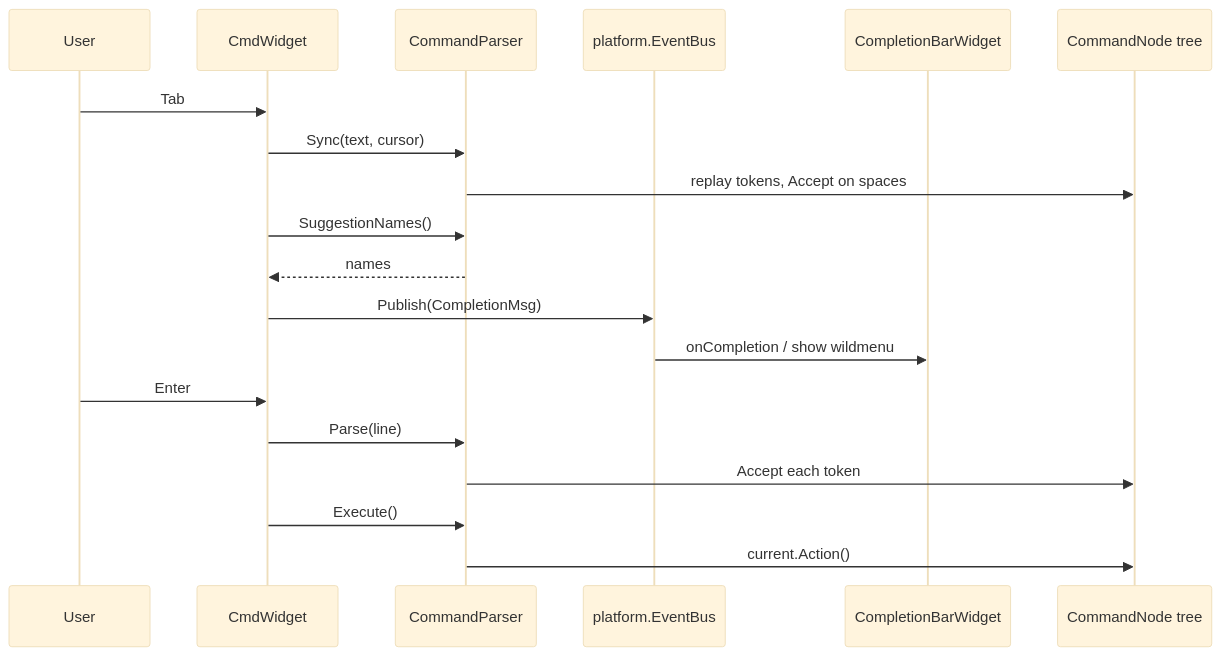
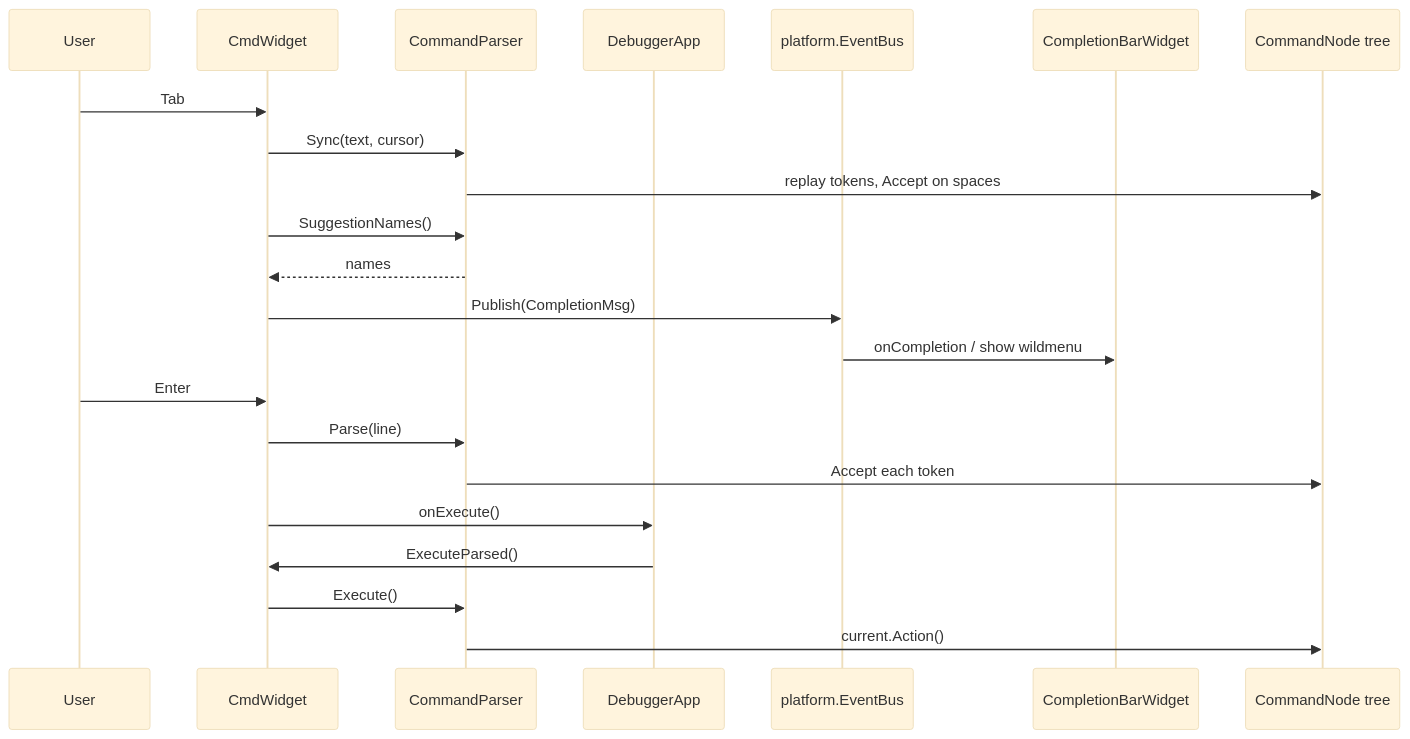
Before and after one commit to yairgd/gdbforge: the second of 2 diagrams in docs/COMMAND_SYSTEM.md, drawn with Mermaid (base theme). The commit also changed other lines of this file and 37 other files, not shown here.

First line of the commit message:
Refactor remaining panes to MVC and document the architecture.

````diff
--- a/docs/COMMAND_SYSTEM.md
+++ b/docs/COMMAND_SYSTEM.md
@@ -297,23 +297,26 @@
 ```mermaid
 sequenceDiagram
     participant User
     participant CmdW as CmdWidget
     participant Parser as CommandParser
+    participant App as DebuggerApp
     participant Bus as platform.EventBus
     participant Bar as CompletionBarWidget
     participant Tree as CommandNode tree
 
     User->>CmdW: Tab
     CmdW->>Parser: Sync(text, cursor)
     Parser->>Tree: replay tokens, Accept on spaces
     CmdW->>Parser: SuggestionNames()
     Parser-->>CmdW: names
     CmdW->>Bus: Publish(CompletionMsg)
     Bus->>Bar: onCompletion / show wildmenu
 
     User->>CmdW: Enter
     CmdW->>Parser: Parse(line)
     Parser->>Tree: Accept each token
+    CmdW->>App: onExecute()
+    App->>CmdW: ExecuteParsed()
     CmdW->>Parser: Execute()
     Parser->>Tree: current.Action()
 ```
````
